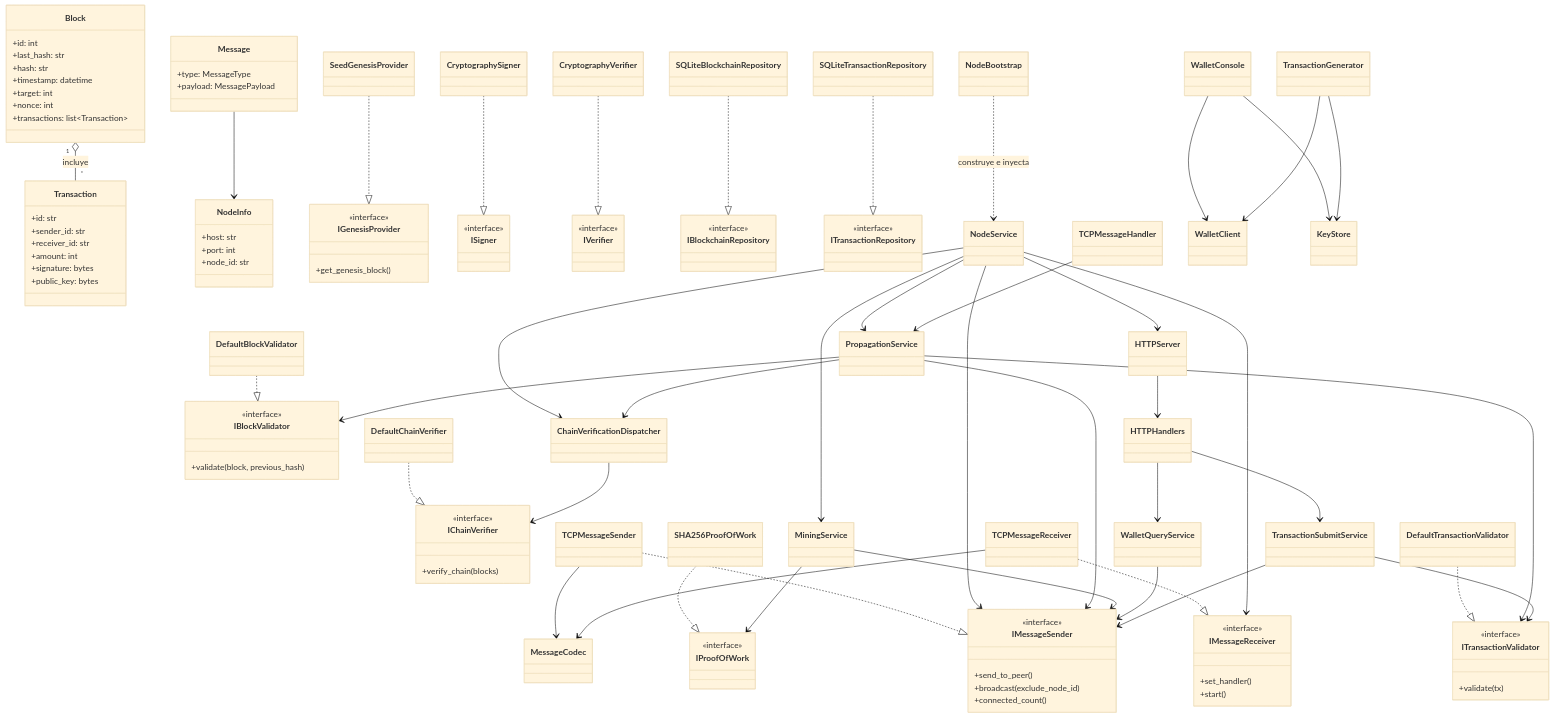
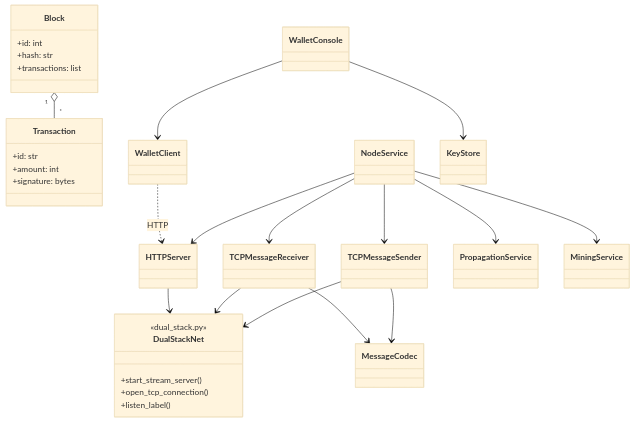
One commit to Ignacio687/final_computacion_II changed the diagram in diagramas/clase/clase.mmd. Above: the diagram before and after it, drawn with Mermaid (base theme). The commit also changed 10 other files, not shown here.

Commit message:
docs(diagramas): alinear Mermaid/PNG a listeners nativos y código

```diff
--- a/diagramas/clase/clase.mmd
+++ b/diagramas/clase/clase.mmd
@@ -1,148 +1,44 @@
 classDiagram
-  %% ===== Dominio =====
   class Block {
     +id: int
-    +last_hash: str
     +hash: str
-    +timestamp: datetime
-    +target: int
-    +nonce: int
-    +transactions: list~Transaction~
+    +transactions: list
   }
   class Transaction {
     +id: str
-    +sender_id: str
-    +receiver_id: str
     +amount: int
     +signature: bytes
-    +public_key: bytes
   }
-  class Message {
-    +type: MessageType
-    +payload: MessagePayload
+  Block "1" o-- "*" Transaction
+
+  class DualStackNet {
+    <<dual_stack.py>>
+    +start_stream_server()
+    +open_tcp_connection()
+    +listen_label()
   }
-  class NodeInfo {
-    +host: str
-    +port: int
-    +node_id: str
-  }
-  Block "1" o-- "*" Transaction : incluye
-  Message --> NodeInfo
-
-  %% ===== Interfaces (application) =====
-  class IMessageSender {
-    <<interface>>
-    +send_to_peer()
-    +broadcast(exclude_node_id)
-    +connected_count()
-  }
-  class IMessageReceiver {
-    <<interface>>
-    +set_handler()
-    +start()
-  }
-  class IBlockValidator {
-    <<interface>>
-    +validate(block, previous_hash)
-  }
-  class IChainVerifier {
-    <<interface>>
-    +verify_chain(blocks)
-  }
-  class ITransactionValidator {
-    <<interface>>
-    +validate(tx)
-  }
-  class IProofOfWork {
-    <<interface>>
-  }
-  class IGenesisProvider {
-    <<interface>>
-    +get_genesis_block()
-  }
-  class ISigner {
-    <<interface>>
-  }
-  class IVerifier {
-    <<interface>>
-  }
-  class IBlockchainRepository {
-    <<interface>>
-  }
-  class ITransactionRepository {
-    <<interface>>
-  }
-
-  %% ===== Infraestructura (adaptadores) =====
   class TCPMessageSender
   class TCPMessageReceiver
+  class HTTPServer
   class MessageCodec
-  class DefaultBlockValidator
-  class DefaultChainVerifier
-  class DefaultTransactionValidator
-  class ChainVerificationDispatcher
-  class SHA256ProofOfWork
-  class SeedGenesisProvider
-  class CryptographySigner
-  class CryptographyVerifier
-  class SQLiteBlockchainRepository
-  class SQLiteTransactionRepository
-  class HTTPServer
-
-  TCPMessageSender ..|> IMessageSender
-  TCPMessageReceiver ..|> IMessageReceiver
-  DefaultBlockValidator ..|> IBlockValidator
-  DefaultChainVerifier ..|> IChainVerifier
-  DefaultTransactionValidator ..|> ITransactionValidator
-  SHA256ProofOfWork ..|> IProofOfWork
-  SeedGenesisProvider ..|> IGenesisProvider
-  CryptographySigner ..|> ISigner
-  CryptographyVerifier ..|> IVerifier
-  SQLiteBlockchainRepository ..|> IBlockchainRepository
-  SQLiteTransactionRepository ..|> ITransactionRepository
+  TCPMessageSender --> DualStackNet
+  TCPMessageReceiver --> DualStackNet
+  HTTPServer --> DualStackNet
   TCPMessageSender --> MessageCodec
   TCPMessageReceiver --> MessageCodec
-  ChainVerificationDispatcher --> IChainVerifier
 
-  %% ===== Servicios =====
   class NodeService
   class PropagationService
   class MiningService
-  class WalletQueryService
-  class TransactionSubmitService
-
-  NodeService --> IMessageSender
-  NodeService --> IMessageReceiver
+  NodeService --> TCPMessageSender
+  NodeService --> TCPMessageReceiver
   NodeService --> HTTPServer
   NodeService --> PropagationService
   NodeService --> MiningService
-  NodeService --> ChainVerificationDispatcher
-  PropagationService --> IBlockValidator
-  PropagationService --> ITransactionValidator
-  PropagationService --> ChainVerificationDispatcher
-  PropagationService --> IMessageSender
-  MiningService --> IProofOfWork
-  MiningService --> IMessageSender
-  WalletQueryService --> IMessageSender
-  TransactionSubmitService --> ITransactionValidator
-  TransactionSubmitService --> IMessageSender
 
-  %% ===== Controllers / Bootstrap =====
-  class HTTPHandlers
-  class TCPMessageHandler
-  class NodeBootstrap
-  HTTPServer --> HTTPHandlers
-  HTTPHandlers --> WalletQueryService
-  HTTPHandlers --> TransactionSubmitService
-  TCPMessageHandler --> PropagationService
-  NodeBootstrap ..> NodeService : construye e inyecta
-
-  %% ===== Billetera =====
   class WalletClient
   class WalletConsole
-  class TransactionGenerator
   class KeyStore
   WalletConsole --> WalletClient
   WalletConsole --> KeyStore
-  TransactionGenerator --> WalletClient
-  TransactionGenerator --> KeyStore
+  WalletClient ..> HTTPServer : HTTP
```
